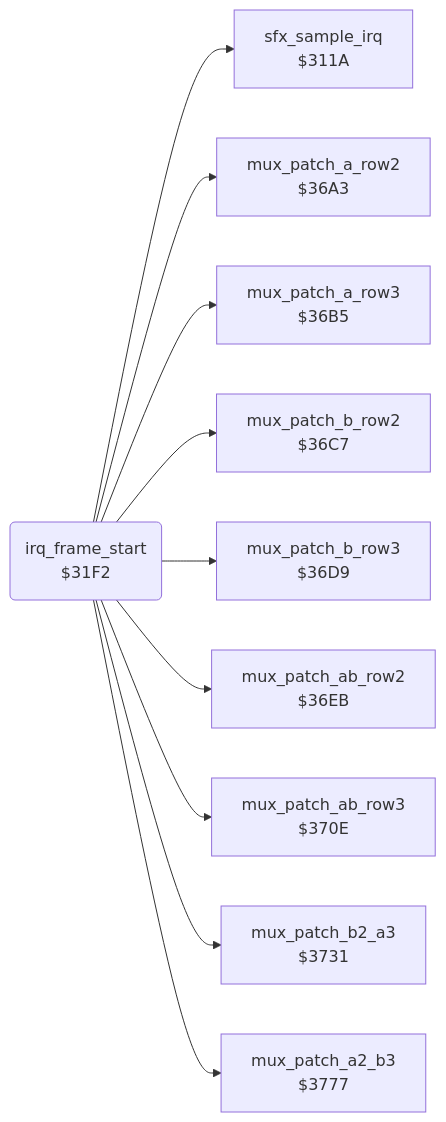
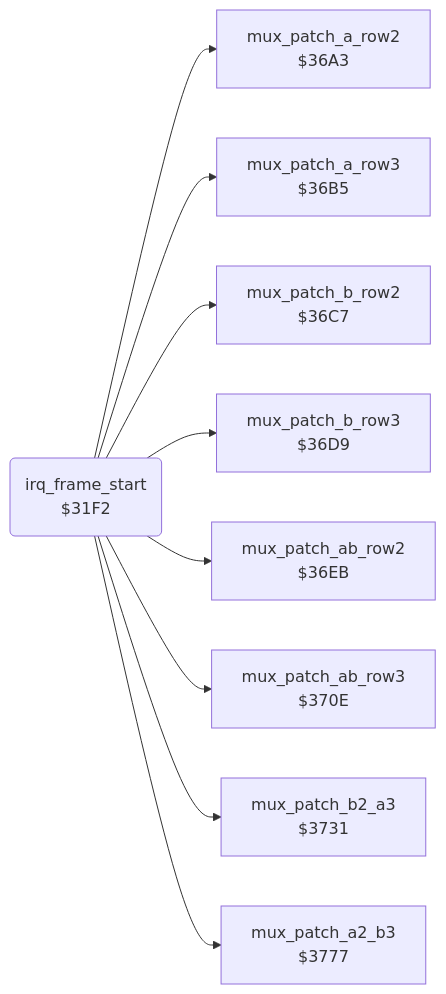
The diagram in exploding_fist/v2/docs/reference/modules/irq/sprite_mux_plan.md (henols/c64_games), drawn with Mermaid before and after one commit. The commit also changed other lines of this file and 319 other files, not shown here.

````diff
--- a/exploding_fist/v2/docs/reference/modules/irq/sprite_mux_plan.md
+++ b/exploding_fist/v2/docs/reference/modules/irq/sprite_mux_plan.md
@@ -10,22 +23,20 @@
 ```mermaid
 flowchart LR
-  n311a["sfx_sample_irq<br/>$311A"]
   n31f2("irq_frame_start<br/>$31F2")
   n36a3["mux_patch_a_row2<br/>$36A3"]
   n36b5["mux_patch_a_row3<br/>$36B5"]
   n36c7["mux_patch_b_row2<br/>$36C7"]
   n36d9["mux_patch_b_row3<br/>$36D9"]
   n36eb["mux_patch_ab_row2<br/>$36EB"]
   n370e["mux_patch_ab_row3<br/>$370E"]
   n3731["mux_patch_b2_a3<br/>$3731"]
   n3777["mux_patch_a2_b3<br/>$3777"]
-  n31f2 --> n311a
   n31f2 --> n36a3
   n31f2 --> n36b5
   n31f2 --> n36c7
   n31f2 --> n36d9
   n31f2 --> n36eb
   n31f2 --> n370e
   n31f2 --> n3731
   n31f2 --> n3777
 ```
````
